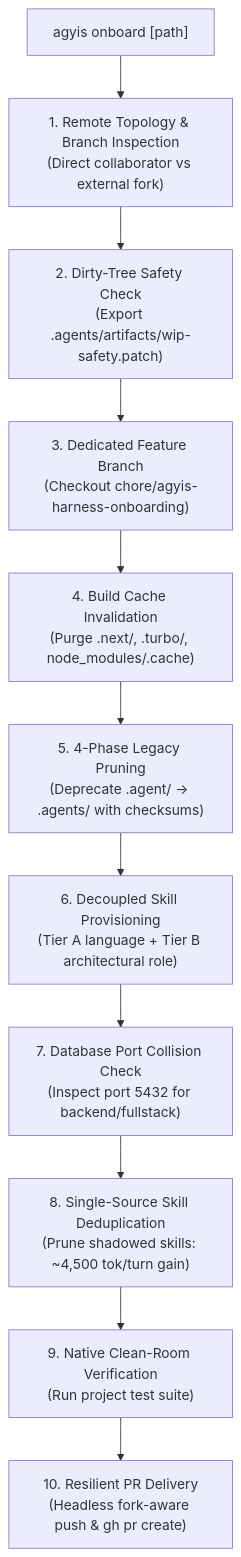
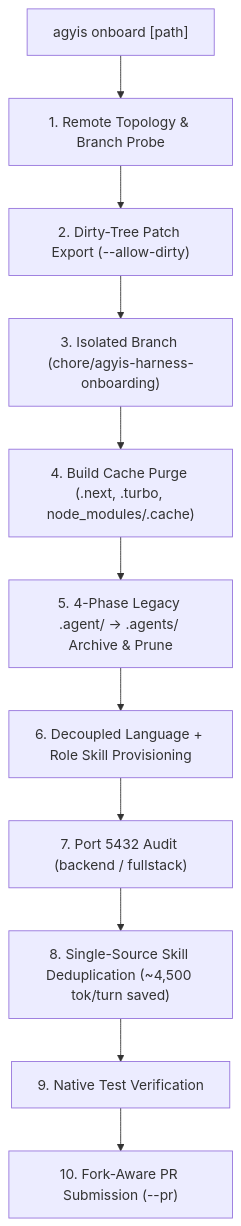
One commit to kuasha420/agyis-harness changed the diagram in docs/runbooks/repo-onboarding.md. Above: the diagram before and after it, drawn with Mermaid. The commit also changed other lines of this file and 157 other files, not shown here.

````diff
--- a/docs/runbooks/repo-onboarding.md
+++ b/docs/runbooks/repo-onboarding.md
@@ -43,13 +43,13 @@
 ```mermaid
 flowchart TD
-    Start["agyis onboard [path]"] --> Probe["1. Remote Topology & Branch Inspection\n(Direct collaborator vs external fork)"]
-    Probe --> Safety["2. Dirty-Tree Safety Check\n(Export .agents/artifacts/wip-safety.patch)"]
-    Safety --> Branch["3. Dedicated Feature Branch\n(Checkout chore/agyis-harness-onboarding)"]
-    Branch --> Cache["4. Build Cache Invalidation\n(Purge .next/, .turbo/, node_modules/.cache)"]
-    Cache --> Harm["5. 4-Phase Legacy Pruning\n(Deprecate .agent/ -> .agents/ with checksums)"]
-    Harm --> Skills["6. Decoupled Skill Provisioning\n(Tier A language + Tier B architectural role)"]
-    Skills --> DB["7. Database Port Collision Check\n(Inspect port 5432 for backend/fullstack)"]
-    DB --> Dedup["8. Single-Source Skill Deduplication\n(Prune shadowed skills: ~4,500 tok/turn gain)"]
-    Dedup --> Verify["9. Native Clean-Room Verification\n(Run project test suite)"]
-    Verify --> PR["10. Resilient PR Delivery\n(Headless fork-aware push & gh pr create)"]
+    Start["agyis onboard [path]"] --> Probe["1. Remote Topology & Branch Probe"]
+    Probe --> Safety["2. Dirty-Tree Patch Export (--allow-dirty)"]
+    Safety --> Branch["3. Isolated Branch (chore/agyis-harness-onboarding)"]
+    Branch --> Cache["4. Build Cache Purge (.next, .turbo, node_modules/.cache)"]
+    Cache --> Harm["5. 4-Phase Legacy .agent/ -> .agents/ Archive & Prune"]
+    Harm --> Skills["6. Decoupled Language + Role Skill Provisioning"]
+    Skills --> DB["7. Port 5432 Audit (backend / fullstack)"]
+    DB --> Dedup["8. Single-Source Skill Deduplication (~4,500 tok/turn saved)"]
+    Dedup --> Verify["9. Native Test Verification"]
+    Verify --> PR["10. Fork-Aware PR Submission (--pr)"]
 ```
````
